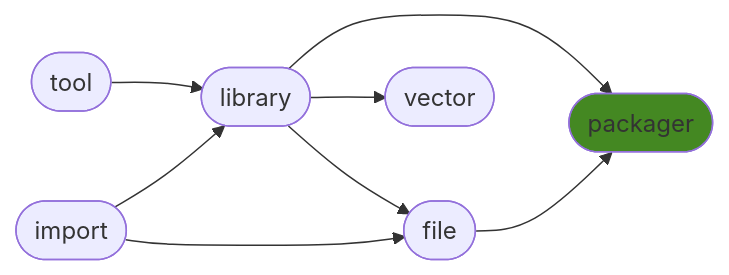
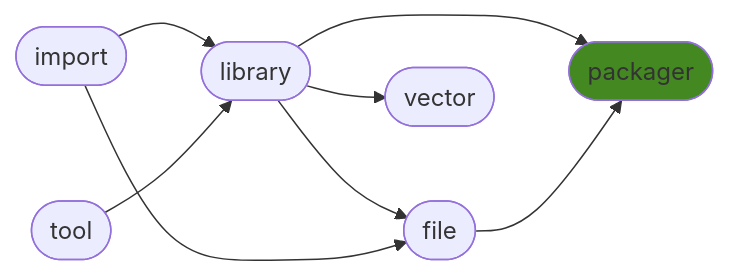
One commit to ManderaGeneral/generalpackager changed the diagram in README.md. Above: the diagram before and after it, drawn with Mermaid. The commit also changed other lines of this file, not shown here.

````diff
--- a/README.md
+++ b/README.md
@@ -24,17 +24,17 @@
 ```mermaid
 flowchart LR
 2([library]) --> 5([packager])
+0([import]) --> 2([library])
 2([library]) --> 3([file])
+3([file]) --> 5([packager])
+2([library]) --> 4([vector])
+1([tool]) --> 2([library])
 0([import]) --> 3([file])
-2([library]) --> 4([vector])
-3([file]) --> 5([packager])
-1([tool]) --> 2([library])
-0([import]) --> 2([library])
 click 0 "https://github.com/ManderaGeneral/generalimport"
 click 1 "https://github.com/ManderaGeneral/generaltool"
 click 2 "https://github.com/ManderaGeneral/generallibrary"
 click 3 "https://github.com/ManderaGeneral/generalfile"
 click 4 "https://github.com/ManderaGeneral/generalvector"
 click 5 "https://github.com/ManderaGeneral/generalpackager"
 style 5 fill:#482
 ```
````
